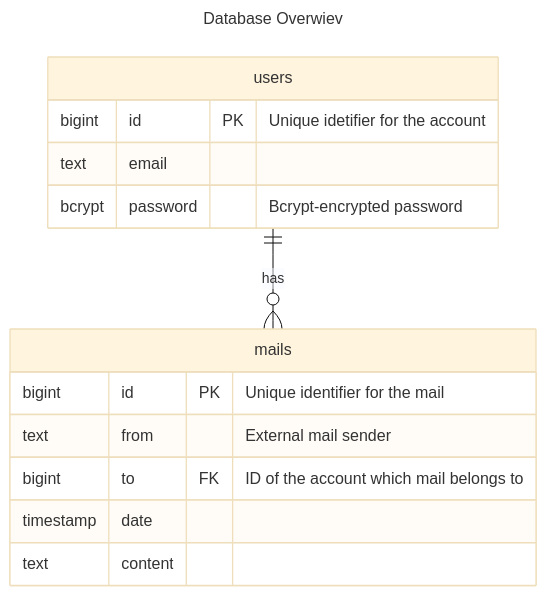
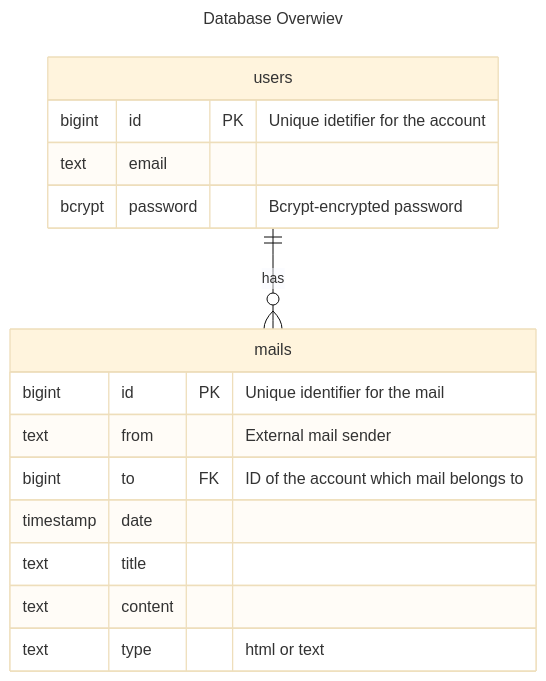
Before and after one commit to metwse/kolpo-mail: the diagram in api/README.md, drawn with Mermaid (base theme). The commit also changed 20 other files, not shown here.

````diff
--- a/api/README.md
+++ b/api/README.md
@@ -6,21 +6,23 @@
 ```mermaid
 ---
 title: Database Overwiev
 ---
 erDiagram
     users {
         bigint id PK "Unique idetifier for the account"
         text email
         bcrypt password "Bcrypt-encrypted password"
     }
 
     mails {
         bigint id PK "Unique identifier for the mail"
         text from "External mail sender"
         bigint to FK "ID of the account which mail belongs to"
         timestamp date
+        text title
         text content
+        text type "html or text"
     }
 
     users ||--o{ mails : has
 ```
````
